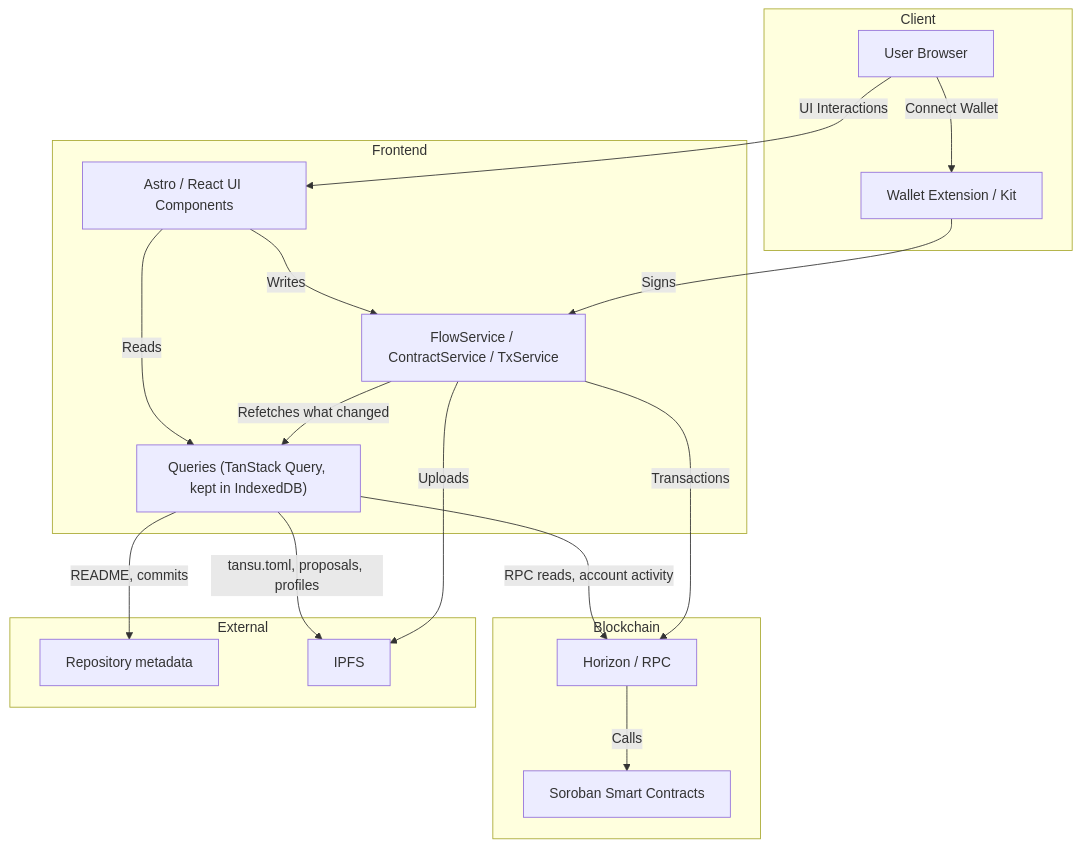
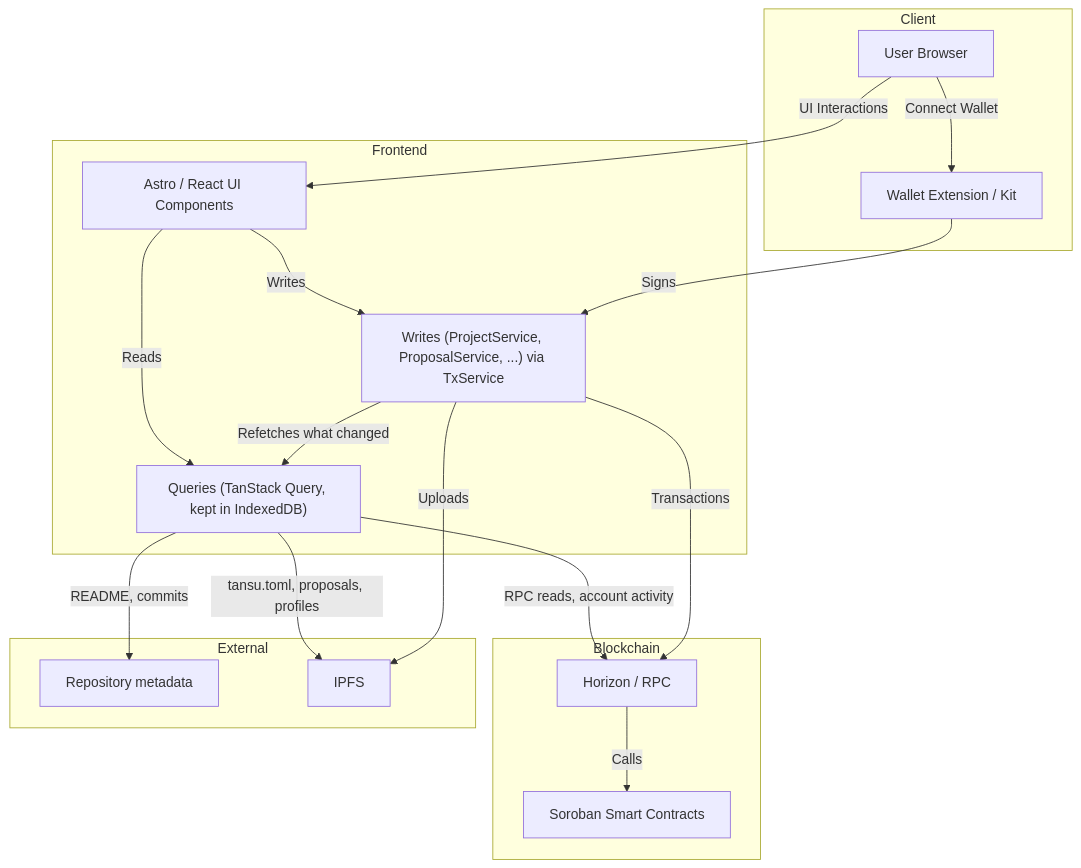
Before and after one commit to Consulting-Manao/tansu: the first of 6 diagrams in website/docs/developers/user_flows.mdx, drawn with Mermaid. The commit also changed other lines of this file and 50 other files, not shown here.

````diff
--- a/website/docs/developers/user_flows.mdx
+++ b/website/docs/developers/user_flows.mdx
@@ -11,33 +11,33 @@
 ```mermaid
 flowchart TD
   subgraph Client
     A["User Browser"]
     B["Wallet Extension / Kit"]
   end
   subgraph Frontend
     C["Astro / React UI Components"]
     D["Queries (TanStack Query, kept in IndexedDB)"]
-    F["FlowService / ContractService / TxService"]
+    F["Writes (ProjectService, ProposalService, ...) via TxService"]
   end
   subgraph Blockchain
     J["Soroban Smart Contracts"]
     K["Horizon / RPC"]
   end
   subgraph External
     L["Repository metadata"]
     M["IPFS"]
   end
 
   A--"Connect Wallet"-->B
   A--"UI Interactions"-->C
   C--"Reads"-->D
   D--"RPC reads, account activity"-->K
   D--"README, commits"-->L
   D--"tansu.toml, proposals, profiles"-->M
   C--"Writes"-->F
   B--"Signs"-->F
   F--"Uploads"-->M
   F--"Transactions"-->K
   F--"Refetches what changed"-->D
   K--"Calls"-->J
 ```
````
